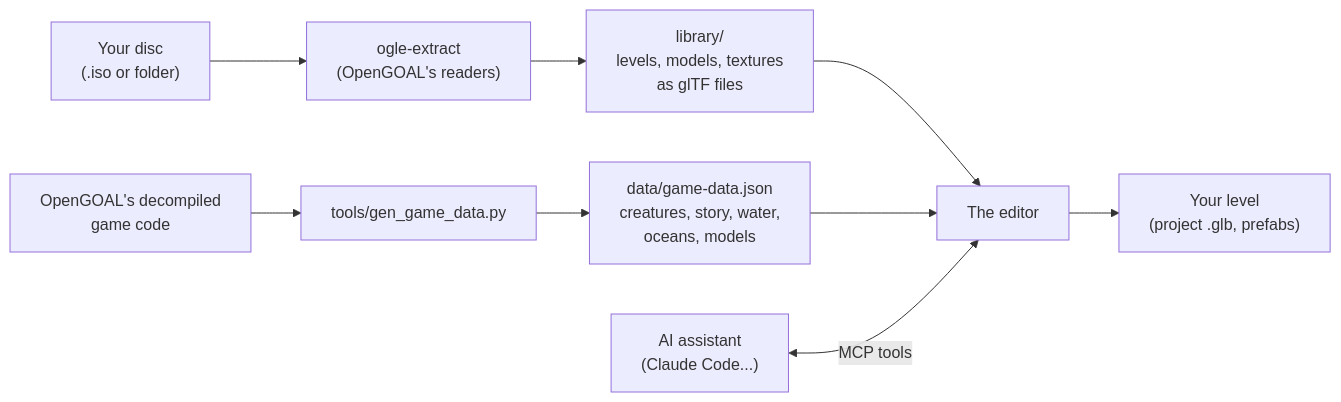
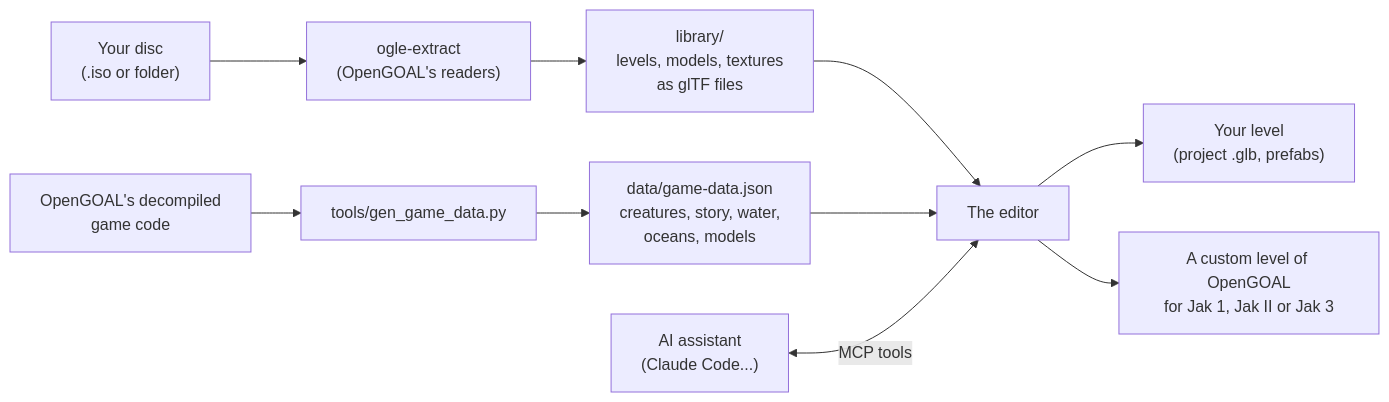
The diagram in docs/captures/README.md (whozghiar/jak-level-editor), drawn with Mermaid before and after one commit. The commit also changed other lines of this file and 50 other files, not shown here.

````diff
--- a/docs/captures/README.md
+++ b/docs/captures/README.md
@@ -28,11 +31,12 @@
 ```mermaid
 flowchart LR
     disc["Your disc<br/>(.iso or folder)"] --> extract["ogle-extract<br/>(OpenGOAL's readers)"]
     extract --> library["library/<br/>levels, models, textures<br/>as glTF files"]
     code["OpenGOAL's decompiled<br/>game code"] --> gen["tools/gen_game_data.py"]
     gen --> data["data/game-data.json<br/>creatures, story, water,<br/>oceans, models"]
     library --> editor["The editor"]
     data --> editor
     editor --> project["Your level<br/>(project .glb, prefabs)"]
+    editor --> export["A custom level of OpenGOAL<br/>for Jak 1, Jak II or Jak 3"]
     assistant["AI assistant<br/>(Claude Code...)"] <-->|"MCP tools"| editor
 ```
````
